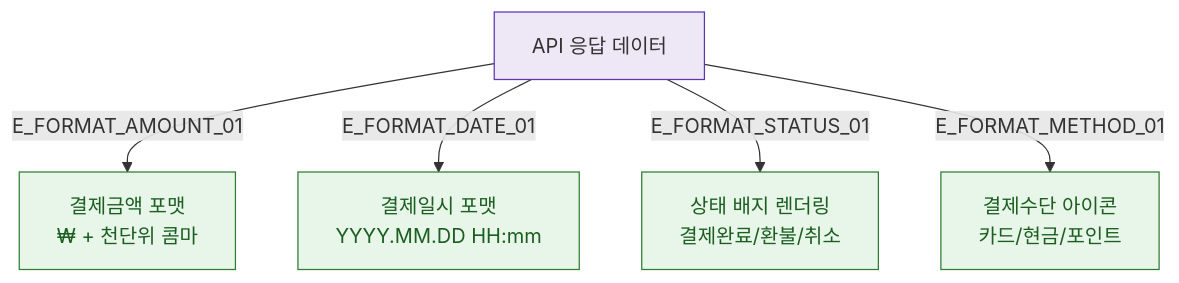
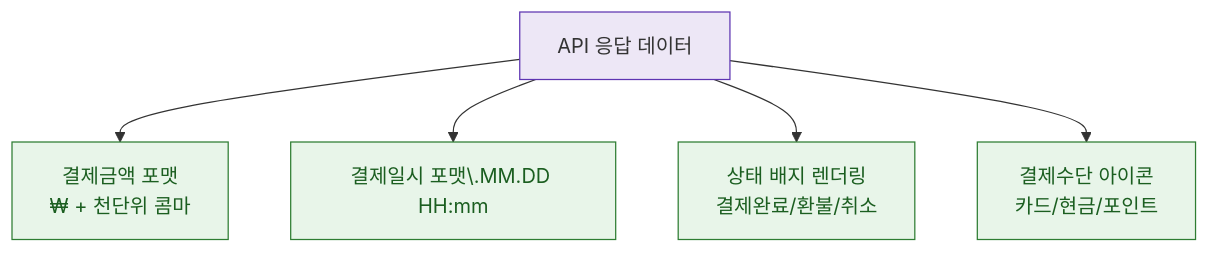
One commit to dev-spogym/admin-pando changed the diagram in docs/다이어그램/D03_매출관리/DLG-S001_매출상세/M2_필드검증.md. Above: the diagram before and after it, drawn with Mermaid. The commit also changed other lines of this file and 1660 other files, not shown here.

First line of the commit message:
다이어그램: 기획자/클라이언트 납품본으로 정리

````diff
--- a/docs/다이어그램/D03_매출관리/DLG-S001_매출상세/M2_필드검증.md
+++ b/docs/다이어그램/D03_매출관리/DLG-S001_매출상세/M2_필드검증.md
@@ -20,13 +18,13 @@
 ```mermaid
 flowchart TD
-    DATA_IN[API 응답 데이터] -->|E_FORMAT_AMOUNT_01| FORMAT_AMOUNT[결제금액 포맷\n₩ + 천단위 콤마]
-    DATA_IN -->|E_FORMAT_DATE_01| FORMAT_DATE[결제일시 포맷\nYYYY.MM.DD HH:mm]
-    DATA_IN -->|E_FORMAT_STATUS_01| FORMAT_STATUS[상태 배지 렌더링\n결제완료/환불/취소]
-    DATA_IN -->|E_FORMAT_METHOD_01| FORMAT_METHOD[결제수단 아이콘\n카드/현금/포인트]
+    DATA_IN[API 응답 데이터] --> FORMAT_AMOUNT[결제금액 포맷\n₩ + 천단위 콤마]
+    DATA_IN --> FORMAT_DATE[결제일시 포맷\.MM.DD HH:mm]
+    DATA_IN --> FORMAT_STATUS[상태 배지 렌더링\n결제완료/환불/취소]
+    DATA_IN --> FORMAT_METHOD[결제수단 아이콘\n카드/현금/포인트]
 
     classDef system fill:#EDE7F6,stroke:#5E35B2
     classDef success fill:#E8F5E9,stroke:#2E7D32,color:#1B5E20
 
     class DATA_IN system
     class FORMAT_AMOUNT,FORMAT_DATE,FORMAT_STATUS,FORMAT_METHOD success
 ```
````
